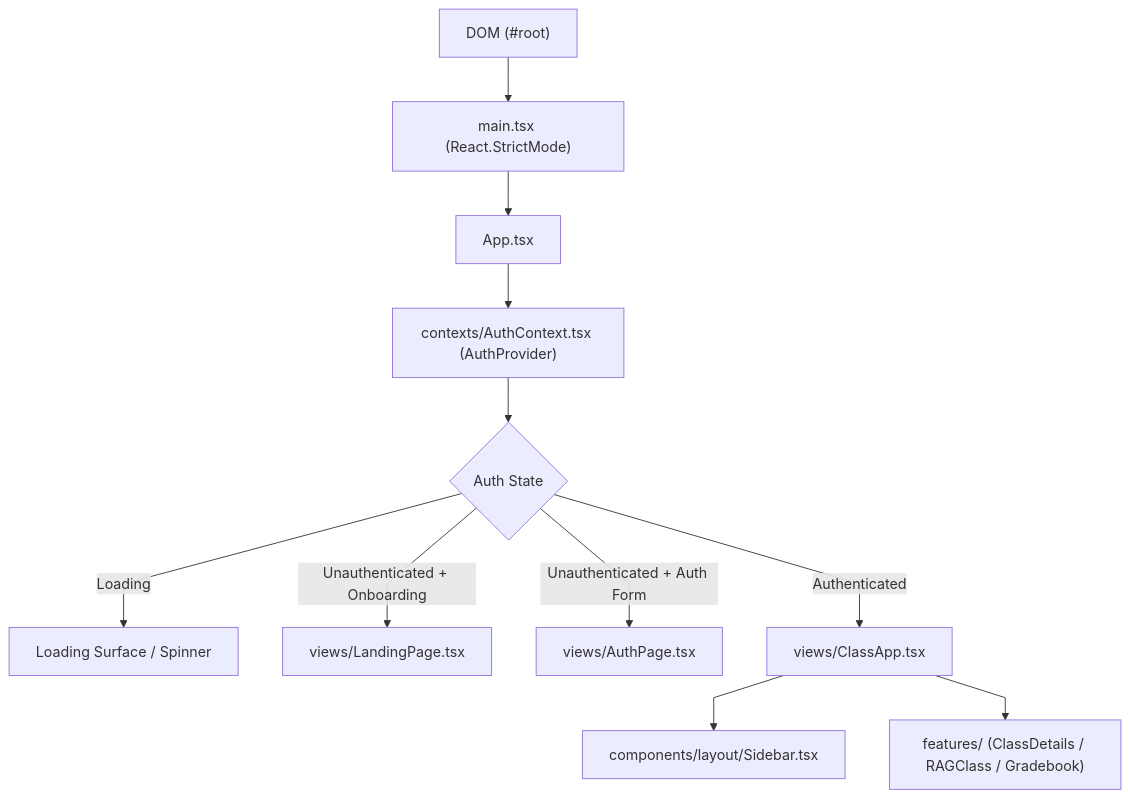
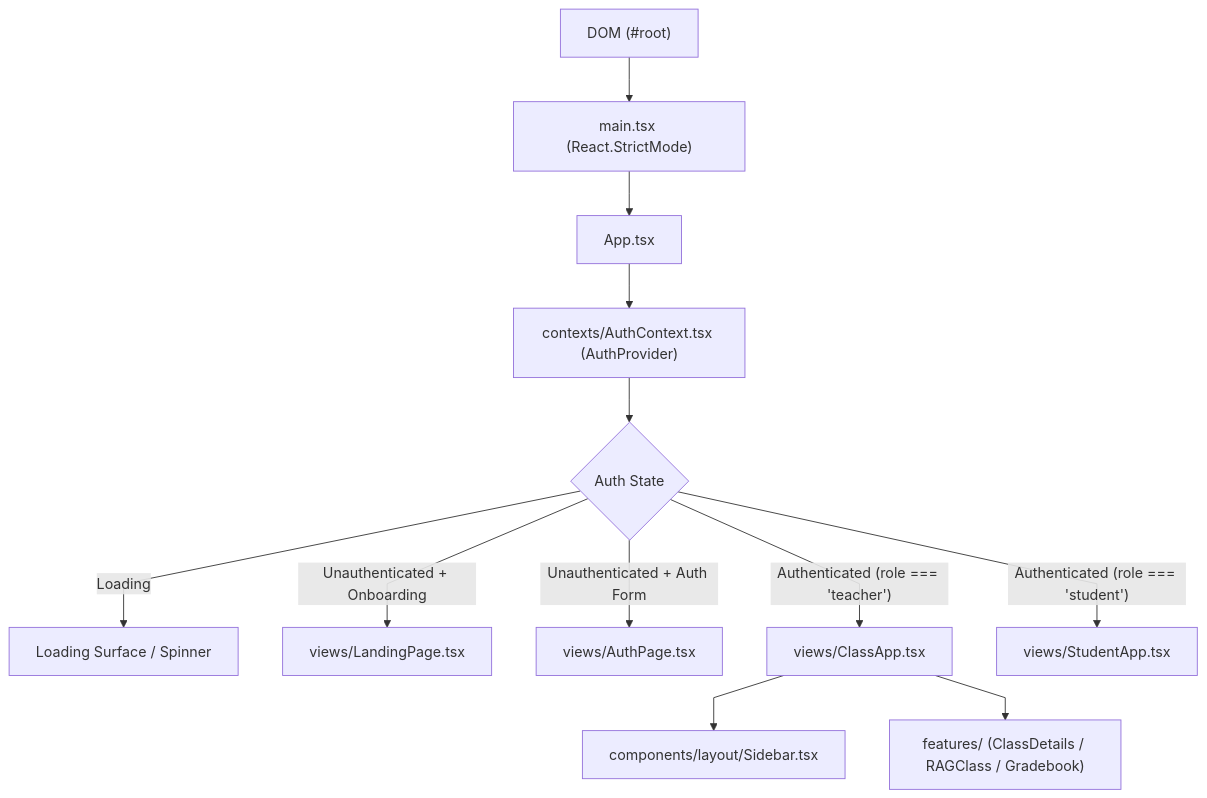
One commit to VictorBravo9er/Teacher-Assistant-Workspace changed the diagram in frontend/src/code.ARCH.md. Above: the diagram before and after it, drawn with Mermaid. The commit also changed other lines of this file and 21 other files, not shown here.

````diff
--- a/frontend/src/code.ARCH.md
+++ b/frontend/src/code.ARCH.md
@@ -9,16 +9,17 @@
 ```mermaid
 %%{init: {'flowchart': {'curve': 'linear'}}}%%
 flowchart TD
     DOM["DOM (#root)"] --> Main["main.tsx (React.StrictMode)"]
     Main --> App["App.tsx"]
     App --> AuthProvider["contexts/AuthContext.tsx (AuthProvider)"]
     
     AuthProvider --> AuthState{"Auth State"}
     AuthState -- "Loading" --> LoadingSpinner["Loading Surface / Spinner"]
     AuthState -- "Unauthenticated + Onboarding" --> Landing["views/LandingPage.tsx"]
     AuthState -- "Unauthenticated + Auth Form" --> Auth["views/AuthPage.tsx"]
-    AuthState -- "Authenticated" --> ClassApp["views/ClassApp.tsx"]
+    AuthState -- "Authenticated (role === 'teacher')" --> ClassApp["views/ClassApp.tsx"]
+    AuthState -- "Authenticated (role === 'student')" --> StudentApp["views/StudentApp.tsx"]
     
     ClassApp --> Sidebar["components/layout/Sidebar.tsx"]
     ClassApp --> ViewModes["features/ (ClassDetails / RAGClass / Gradebook)"]
 ```
````
